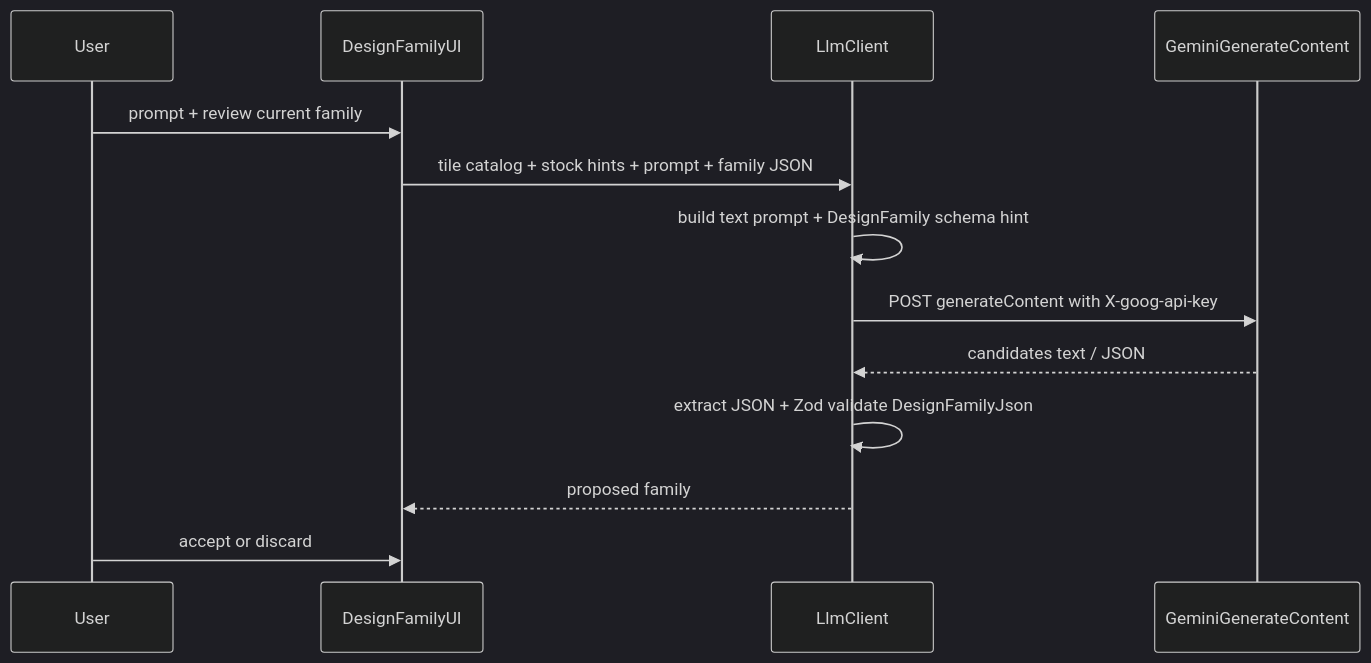
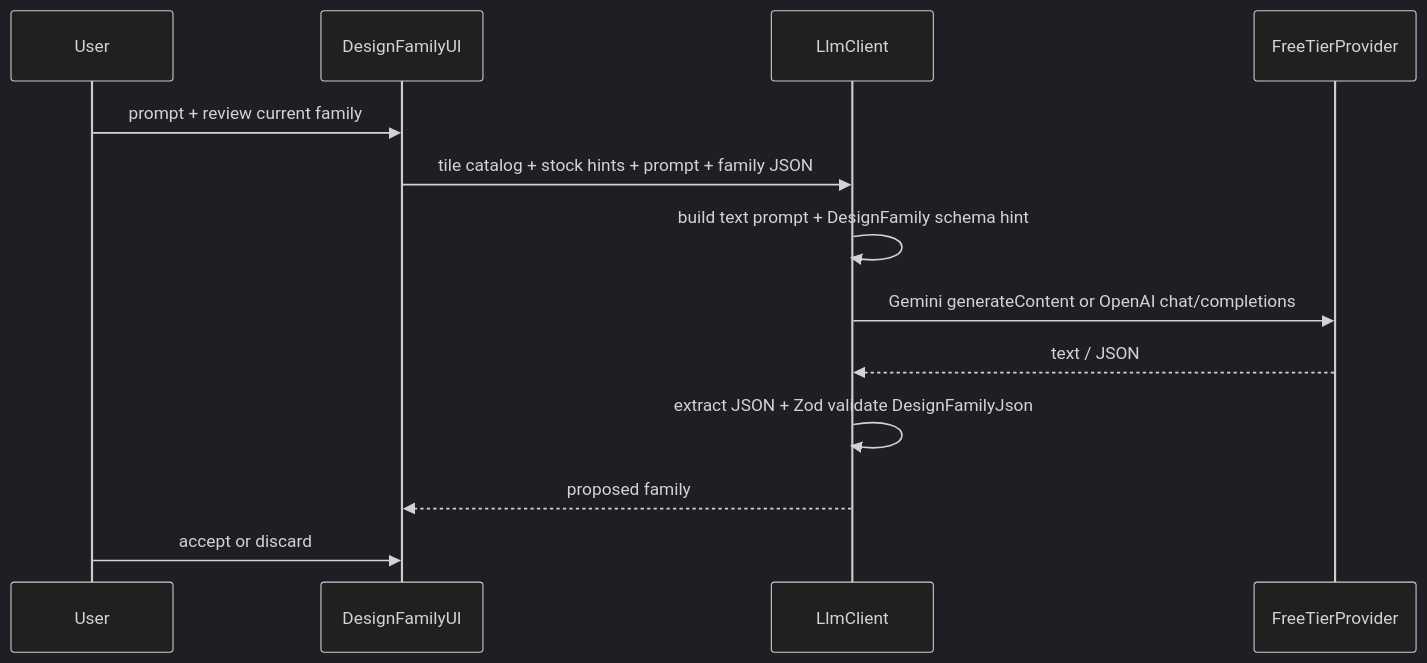
Before and after one commit to repurposed-ch/vibed-reused-tiled: the second of 2 diagrams in architecture.md, drawn with Mermaid (dark theme). The commit also changed other lines of this file and 14 other files, not shown here.

````diff
--- a/architecture.md
+++ b/architecture.md
@@ -375,16 +375,16 @@
 ```mermaid
 sequenceDiagram
   participant User
   participant UI as DesignFamilyUI
   participant Client as LlmClient
-  participant Gemini as GeminiGenerateContent
+  participant Provider as FreeTierProvider
 
   User->>UI: prompt + review current family
   UI->>Client: tile catalog + stock hints + prompt + family JSON
   Client->>Client: build text prompt + DesignFamily schema hint
-  Client->>Gemini: POST generateContent with X-goog-api-key
-  Gemini-->>Client: candidates text / JSON
+  Client->>Provider: Gemini generateContent or OpenAI chat/completions
+  Provider-->>Client: text / JSON
   Client->>Client: extract JSON + Zod validate DesignFamilyJson
   Client-->>UI: proposed family
   User->>UI: accept or discard
 ```
````
